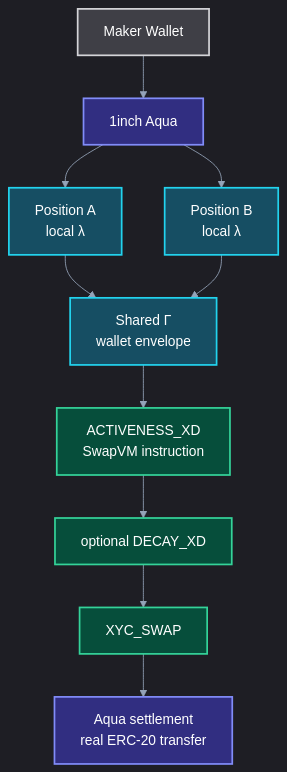
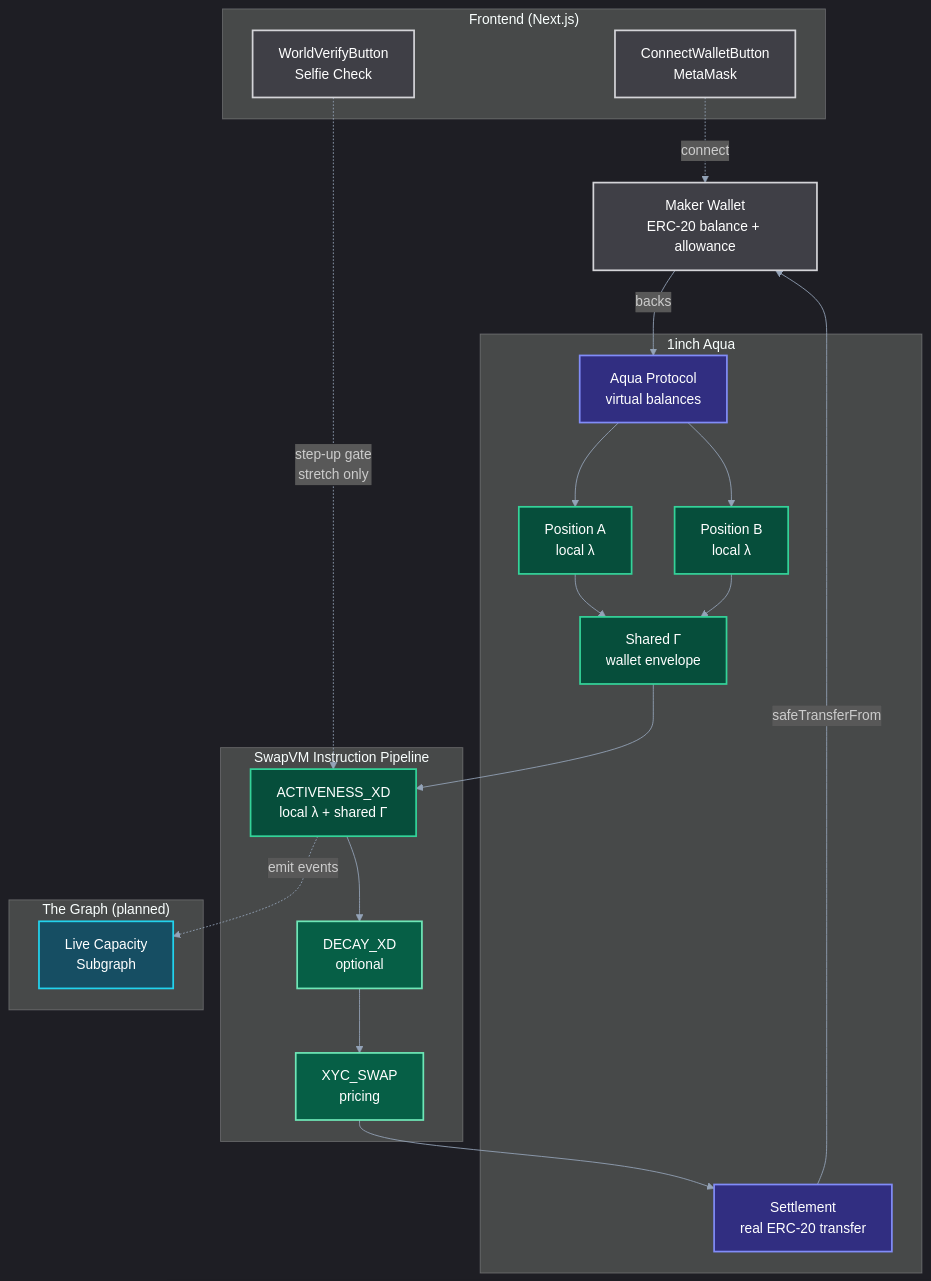
Before and after one commit to angelphoon7/online2026: the first of 6 diagrams in README.md, drawn with Mermaid. The commit also changed other lines of this file and 32 other files, not shown here.

````diff
--- a/README.md
+++ b/README.md
@@ -40,18 +40,50 @@
 ```mermaid
 %%{init: {"theme":"dark","themeVariables":{"background":"#0b0f14","primaryColor":"#1f2937","primaryTextColor":"#f8fafc","primaryBorderColor":"#64748b","lineColor":"#94a3b8","fontFamily":"Inter, ui-sans-serif, system-ui, sans-serif"}}}%%
 flowchart TB
-    Maker[Maker Wallet]:::user --> Aqua[1inch Aqua]:::sponsor
-    Aqua --> A[Position A<br/>local λ]:::core
-    Aqua --> B[Position B<br/>local λ]:::core
-    A --> G[Shared Γ<br/>wallet envelope]:::core
-    B --> G
-    G --> Act[ACTIVENESS_XD<br/>SwapVM instruction]:::swapvm
-    Act --> Decay[optional DECAY_XD]:::swapvm
-    Decay --> XYC[XYC_SWAP]:::swapvm
-    XYC --> Settle[Aqua settlement<br/>real ERC-20 transfer]:::sponsor
+    subgraph Frontend ["Frontend (Next.js)"]
+        CW[ConnectWalletButton<br/>MetaMask]:::user
+        WV[WorldVerifyButton<br/>Selfie Check]:::user
+    end
 
-    classDef sponsor fill:#312e81,stroke:#818cf8,color:#fff,stroke-width:2px;
-    classDef swapvm fill:#064e3b,stroke:#34d399,color:#fff,stroke-width:2px;
-    classDef core fill:#164e63,stroke:#22d3ee,color:#fff,stroke-width:2px;
-    classDef user fill:#3f3f46,stroke:#d4d4d8,color:#fff,stroke-width:2px;
+    subgraph SwapVM ["SwapVM Instruction Pipeline"]
+        ACT[ACTIVENESS_XD<br/>local λ + shared Γ]:::core
+        DEC[DECAY_XD<br/>optional]:::swapvm
+        XYC[XYC_SWAP<br/>pricing]:::swapvm
+    end
+
+    subgraph Aqua ["1inch Aqua"]
+        AQ[Aqua Protocol<br/>virtual balances]:::sponsor
+        POS_A[Position A<br/>local λ]:::core
+        POS_B[Position B<br/>local λ]:::core
+        GRP[Shared Γ<br/>wallet envelope]:::core
+        SETTLE[Settlement<br/>real ERC-20 transfer]:::sponsor
+    end
+
+    subgraph Discovery ["The Graph (planned)"]
+        SG[Live Capacity<br/>Subgraph]:::data
+    end
+
+    MW[Maker Wallet<br/>ERC-20 balance + allowance]:::user
+
+    MW -->|backs| AQ
+    AQ --> POS_A
+    AQ --> POS_B
+    POS_A --> GRP
+    POS_B --> GRP
+    GRP --> ACT
+    ACT --> DEC
+    DEC --> XYC
+    XYC --> SETTLE
+    SETTLE -->|safeTransferFrom| MW
+
+    ACT -.->|emit events| SG
+
+    CW -.->|connect| MW
+    WV -.->|step-up gate<br/>stretch only| ACT
+
+    classDef sponsor fill:#312e81,stroke:#818cf8,color:#ffffff,stroke-width:2px;
+    classDef core fill:#064e3b,stroke:#34d399,color:#ffffff,stroke-width:2px;
+    classDef swapvm fill:#065f46,stroke:#6ee7b7,color:#ffffff,stroke-width:2px;
+    classDef data fill:#164e63,stroke:#22d3ee,color:#ffffff,stroke-width:2px;
+    classDef user fill:#3f3f46,stroke:#d4d4d8,color:#ffffff,stroke-width:2px;
 ```
````
